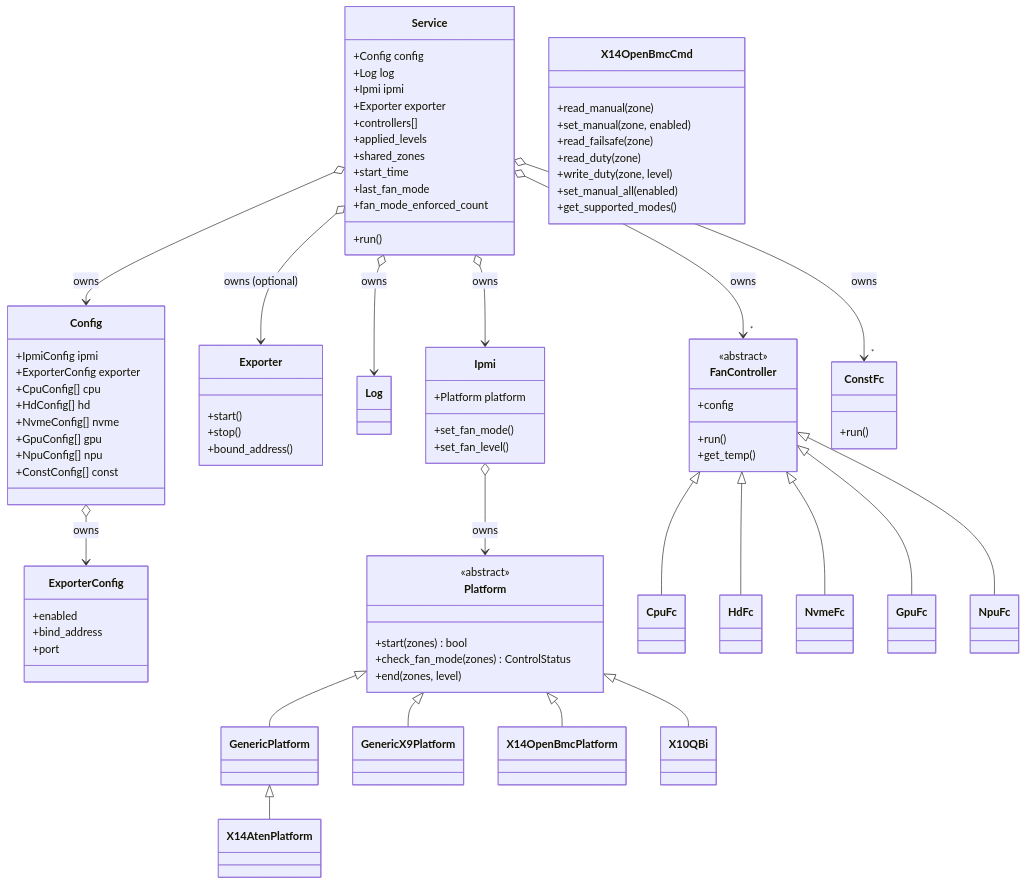
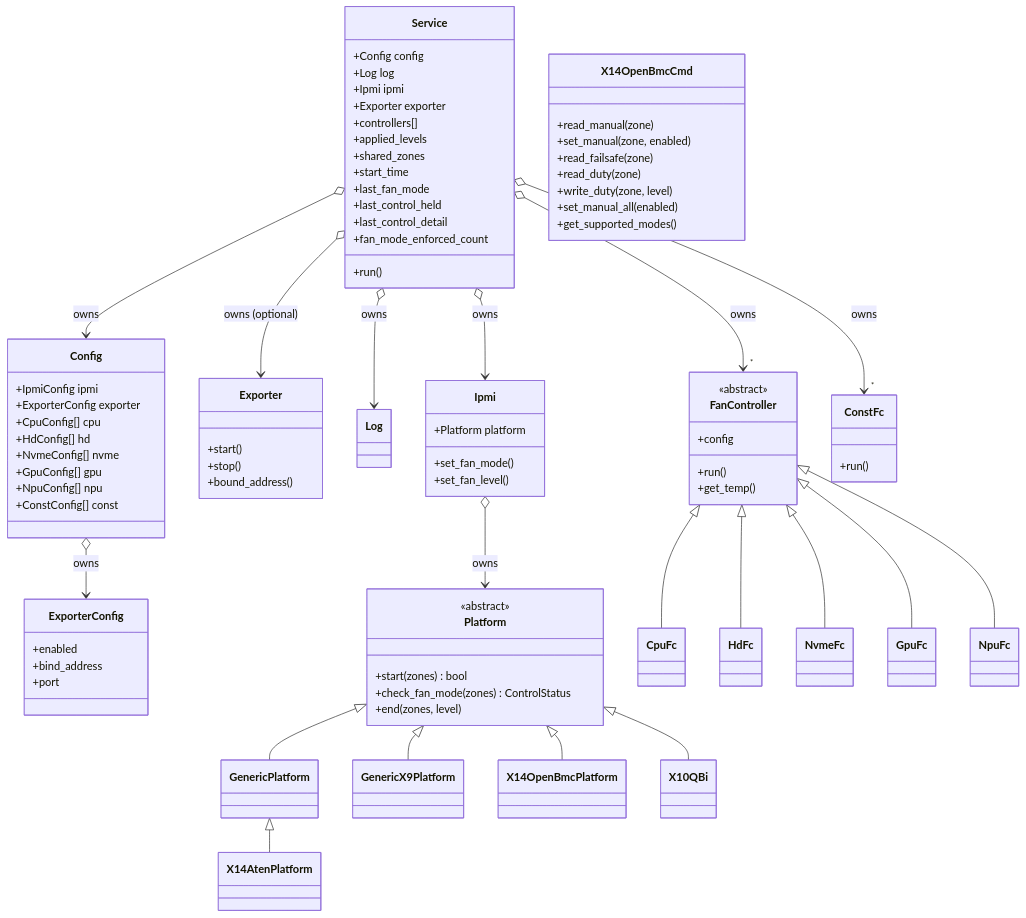
Before and after one commit to petersulyok/smfc: the second of 11 diagrams in ARCHITECTURE.md, drawn with Mermaid. The commit also changed other lines of this file and 14 other files, not shown here.

```diff
--- a/ARCHITECTURE.md
+++ b/ARCHITECTURE.md
@@ -104,6 +104,8 @@
         +shared_zones
         +start_time
         +last_fan_mode
+        +last_control_held
+        +last_control_detail
         +fan_mode_enforced_count
         +run()
     }
```
